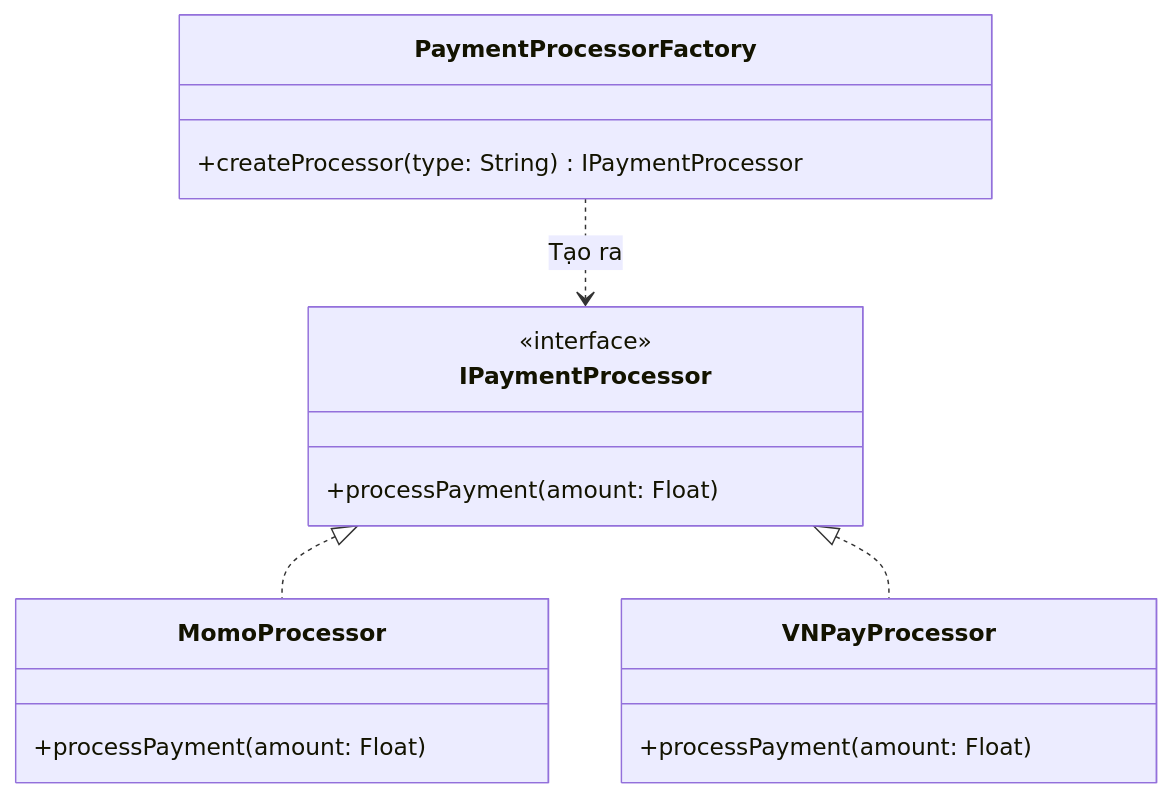
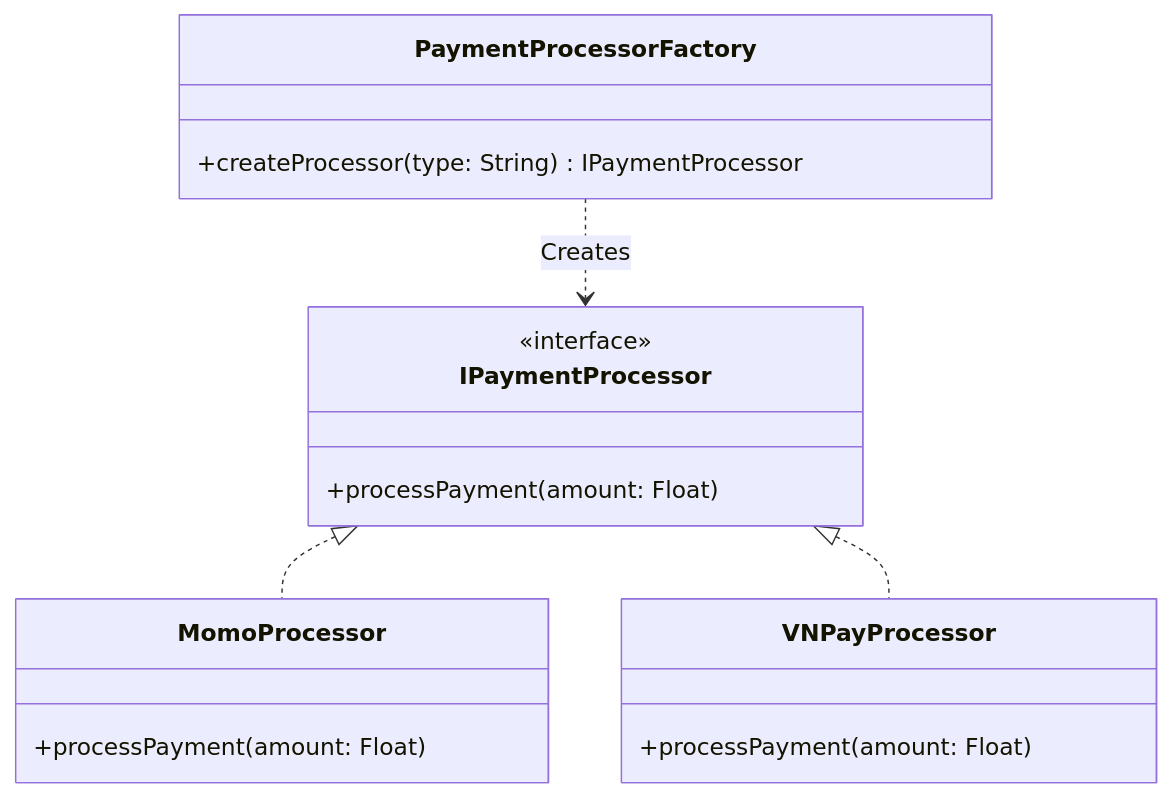
One commit to ga2631/ga2631.github.io changed the diagram in src/data/blog/en/75-2026-06-11-design-pattern-03-creational-patterns-factory-method.md. Above: the diagram before and after it, drawn with Mermaid. The commit also changed other lines of this file and 74 other files, not shown here.

````diff
--- a/src/data/blog/en/75-2026-06-11-design-pattern-03-creational-patterns-factory-method.md
+++ b/src/data/blog/en/75-2026-06-11-design-pattern-03-creational-patterns-factory-method.md
@@ -31,23 +31,23 @@
 ```mermaid
 classDiagram
     class IPaymentProcessor {
         <<interface>>
         +processPayment(amount: Float)
     }
 
     class MomoProcessor {
         +processPayment(amount: Float)
     }
 
     class VNPayProcessor {
         +processPayment(amount: Float)
     }
 
     class PaymentProcessorFactory {
         +createProcessor(type: String) IPaymentProcessor
     }
 
     IPaymentProcessor <|.. MomoProcessor
     IPaymentProcessor <|.. VNPayProcessor
-    PaymentProcessorFactory ..> IPaymentProcessor : Tạo ra
+    PaymentProcessorFactory ..> IPaymentProcessor : Creates
 ```
````
